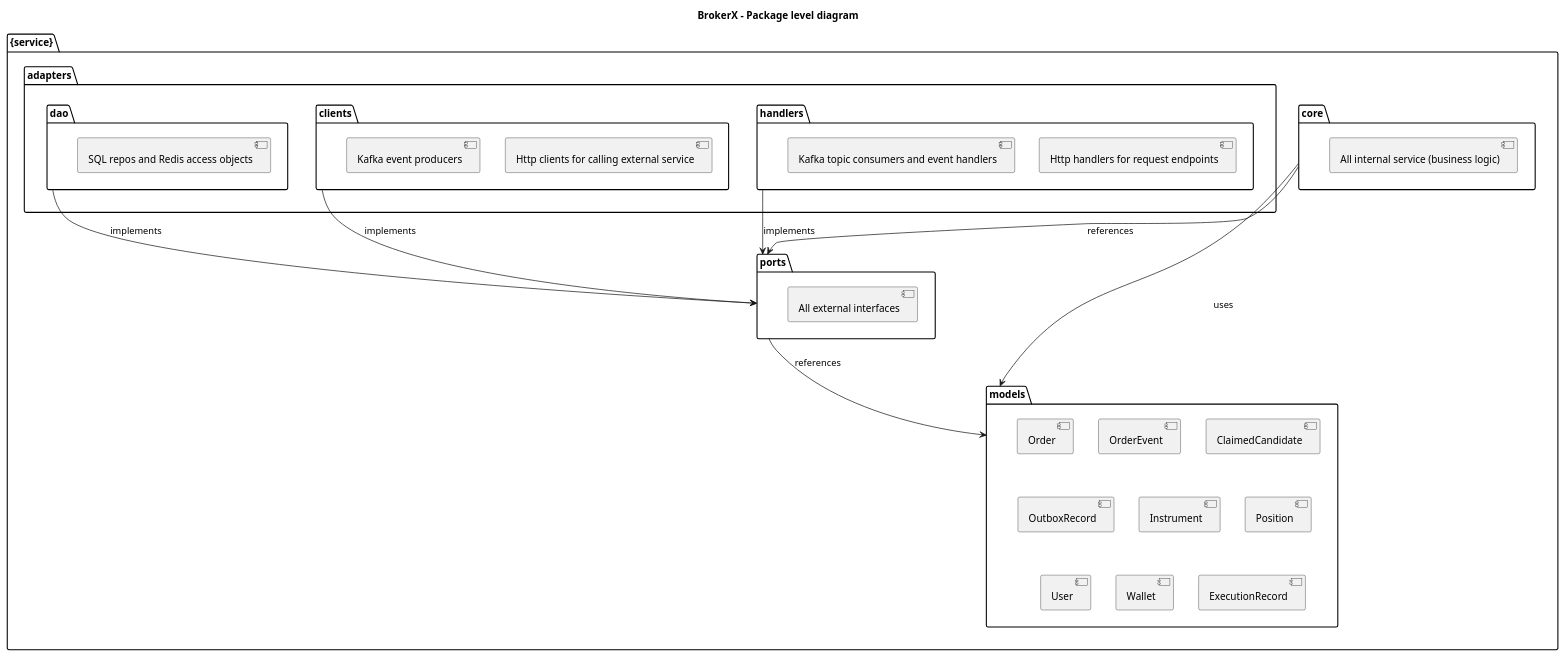
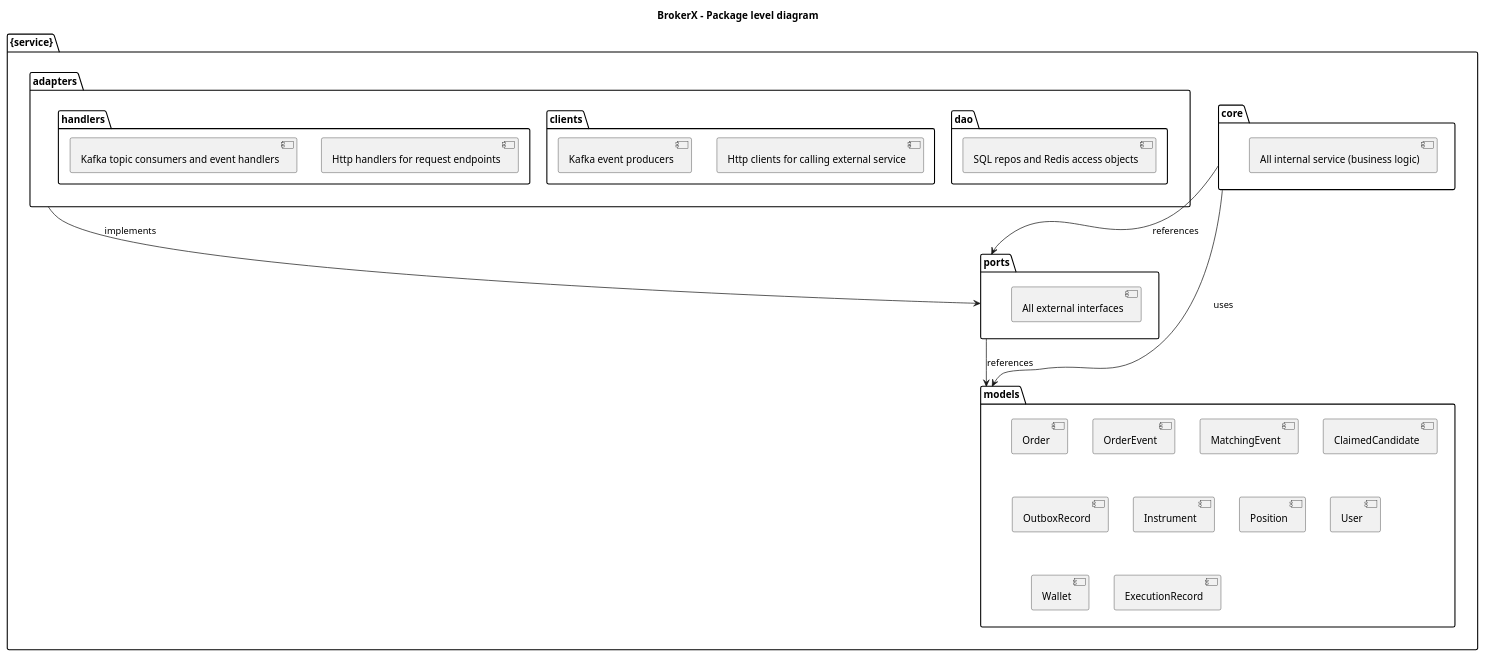
One commit to cjayneb/log430-project changed the diagram in docs/package.puml. Above: the diagram before and after it, drawn with PlantUML. The commit also changed 13 other files, not shown here.

```diff
--- a/docs/package.puml
+++ b/docs/package.puml
@@ -1,48 +1,47 @@
 @startuml
 title BrokerX - Package level diagram
 
 package "{service}" {
   package "core" as core {
     [All internal service (business logic)]
   }
 
   package "ports" as ports {
     [All external interfaces]
   }
 
   package "adapters" {
     package "dao" {
       [SQL repos and Redis access objects]
     }
     package "clients" {
       [Http clients for calling external service]
       [Kafka event producers]
     }
     package "handlers" {
       [Http handlers for request endpoints]
       [Kafka topic consumers and event handlers]
     }
   }
 
   package "models" {
     [Order]
     [OrderEvent]
+    [MatchingEvent]
     [ClaimedCandidate]
     [OutboxRecord]
     [Instrument]
     [Position]
     [User]
     [Wallet]
     [ExecutionRecord]
   }
 }
 
 ' Relationships
-core --> models : uses
+core -> models : uses
 ports --> models : references
 core --> ports : references
-clients --> ports : implements
-dao --> ports : implements
-handlers --> ports : implements
+adapters --> ports : implements
 
 @enduml
```
